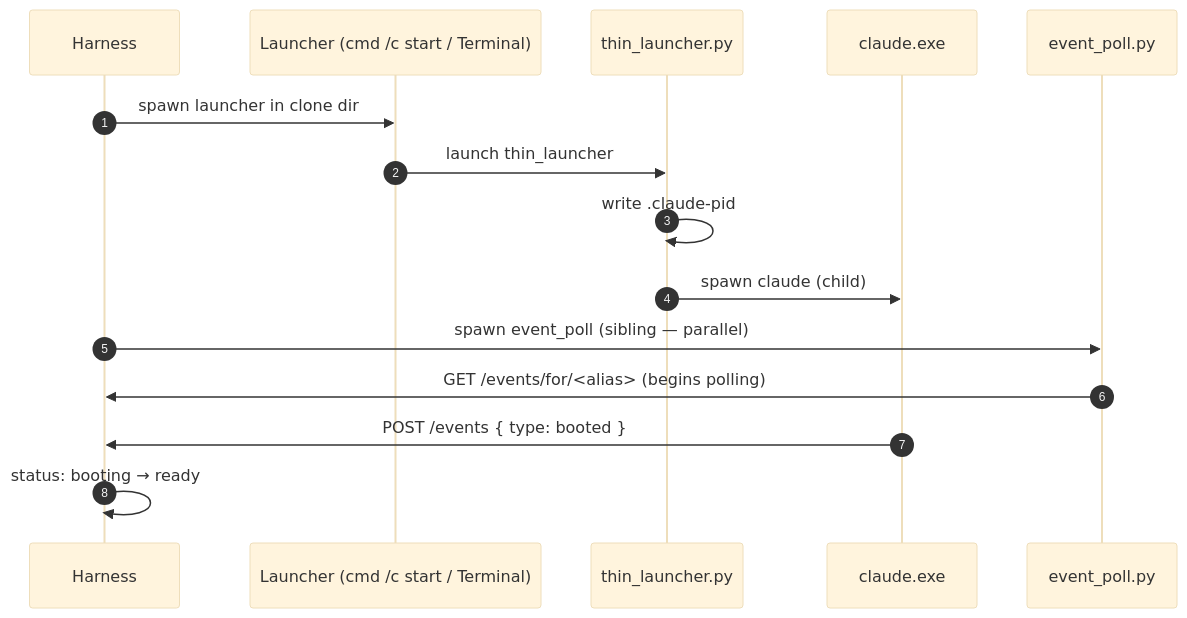
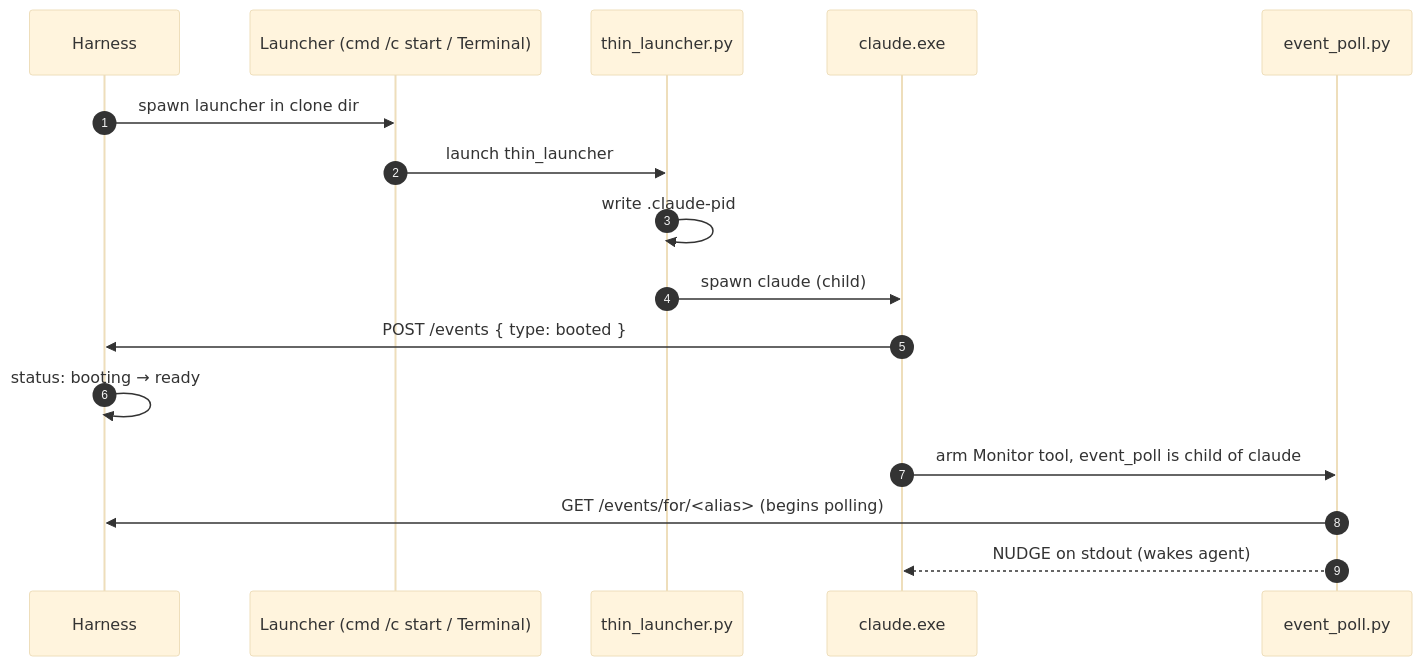
One commit to WallyDoodlez/SquidSquad changed the first of 3 diagrams in docs/HARNESS-ARCH.md. Above: the diagram before and after it, drawn with Mermaid (base theme). The commit also changed other lines of this file, not shown here.

First line of the commit message:
pm: HARNESS-ARCH event_poll lifecycle reconciliation (DS audit #1, WIP for review)

````diff
--- a/docs/HARNESS-ARCH.md
+++ b/docs/HARNESS-ARCH.md
@@ -266,17 +266,18 @@
 ```mermaid
 sequenceDiagram
     autonumber
     participant H as Harness
     participant L as Launcher (cmd /c start / Terminal)
     participant TL as thin_launcher.py
     participant C as claude.exe
     participant EP as event_poll.py
     H->>L: spawn launcher in clone dir
     L->>TL: launch thin_launcher
     TL->>TL: write .claude-pid
     TL->>C: spawn claude (child)
-    H->>EP: spawn event_poll (sibling — parallel)
-    EP->>H: GET /events/for/<alias> (begins polling)
     C->>H: POST /events { type: booted }
     H->>H: status: booting → ready
+    C->>EP: arm Monitor tool, event_poll is child of claude
+    EP->>H: GET /events/for/<alias> (begins polling)
+    EP-->>C: NUDGE on stdout (wakes agent)
 ```
````
